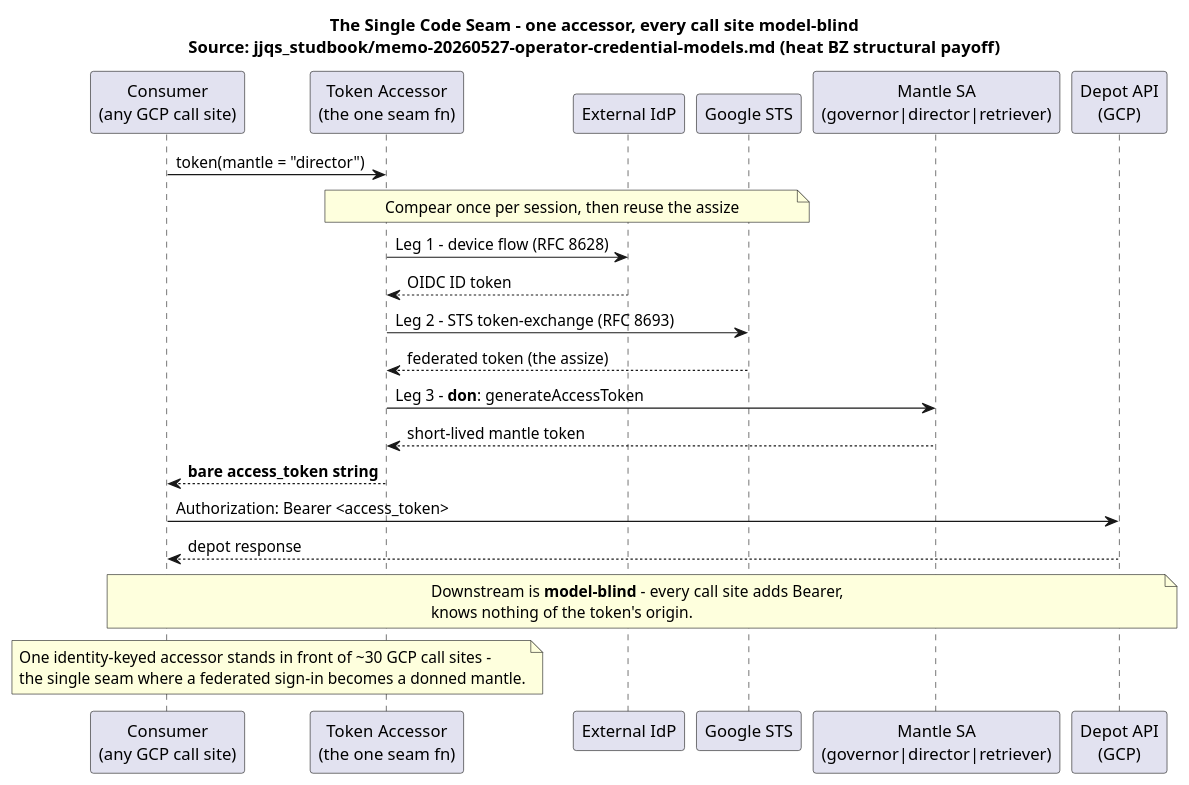
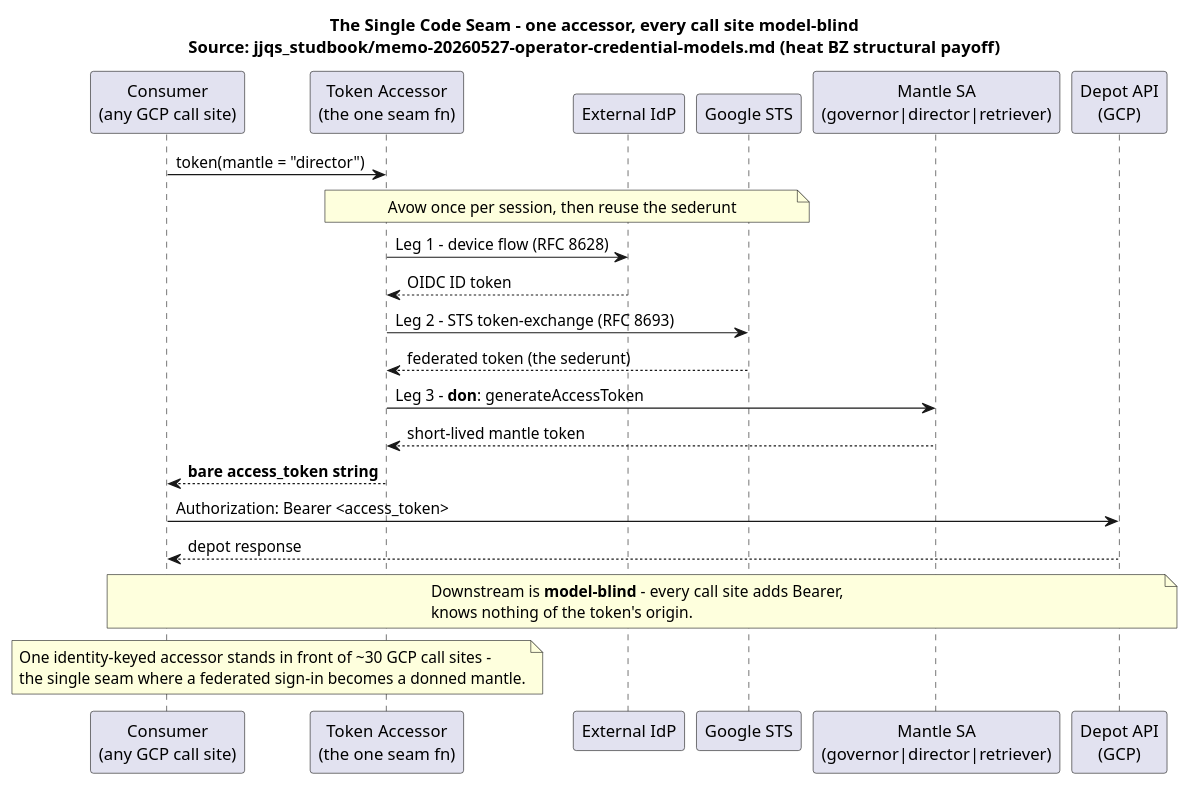
Before and after one commit to bhyslop/recipemuster: the diagram in diagrams/rbdgm_federation-seam.puml, drawn with PlantUML. The commit also changed 29 other files, not shown here.

```diff
--- a/diagrams/rbdgm_federation-seam.puml
+++ b/diagrams/rbdgm_federation-seam.puml
@@ -1,30 +1,30 @@
 @startuml
 title The Single Code Seam - one accessor, every call site model-blind\nSource: jjqs_studbook/memo-20260527-operator-credential-models.md (heat BZ structural payoff)
 
 participant "Consumer\n(any GCP call site)" as CONS
 participant "Token Accessor\n(the one seam fn)" as ACC
 participant "External IdP" as IDP
 participant "Google STS" as STS
 participant "Mantle SA\n(governor|director|retriever)" as SA
 participant "Depot API\n(GCP)" as GCP
 
 CONS -> ACC : token(mantle = "director")
 
-note over ACC, STS : Compear once per session, then reuse the assize
+note over ACC, STS : Avow once per session, then reuse the sederunt
 ACC -> IDP : Leg 1 - device flow (RFC 8628)
 IDP --> ACC : OIDC ID token
 ACC -> STS : Leg 2 - STS token-exchange (RFC 8693)
-STS --> ACC : federated token (the assize)
+STS --> ACC : federated token (the sederunt)
 
 ACC -> SA : Leg 3 - **don**: generateAccessToken
 SA --> ACC : short-lived mantle token
 
 ACC --> CONS : **bare access_token string**
 
 CONS -> GCP : Authorization: Bearer <access_token>
 GCP --> CONS : depot response
 
 note over CONS, GCP : Downstream is **model-blind** - every call site adds Bearer,\nknows nothing of the token's origin.
 note over CONS, ACC : One identity-keyed accessor stands in front of ~30 GCP call sites -\nthe single seam where a federated sign-in becomes a donned mantle.
 
 @enduml
```
